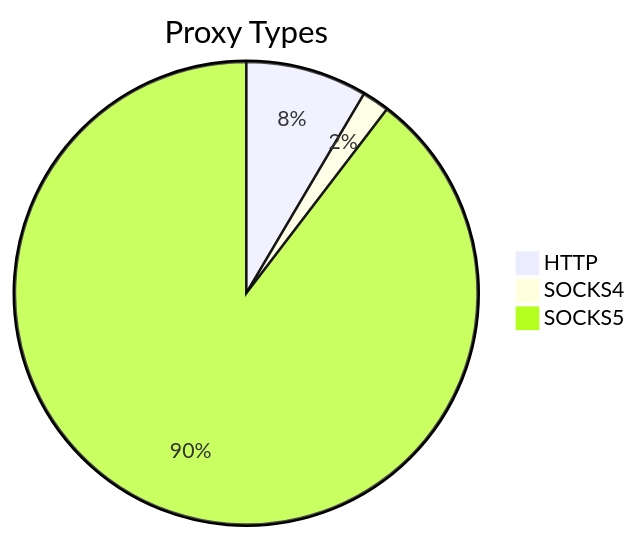
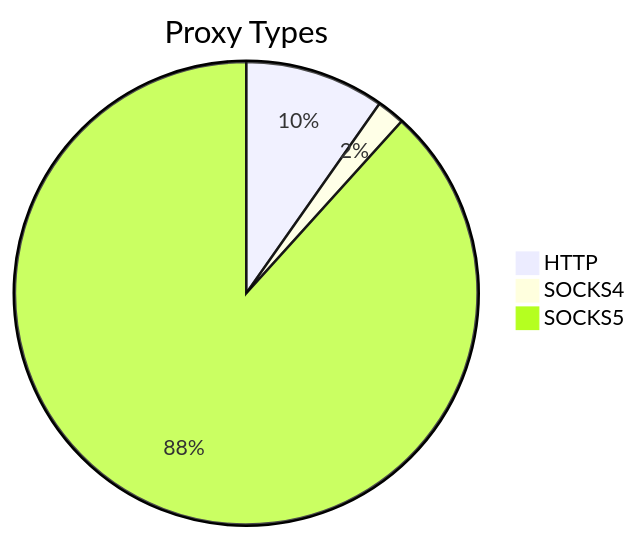
One commit to stormsia/proxy-list changed the first of 2 diagrams in README.md. Above: the diagram before and after it, drawn with Mermaid. The commit also changed other lines of this file, not shown here.

````diff
--- a/README.md
+++ b/README.md
@@ -21,6 +21,6 @@
 ```mermaid
 pie title Proxy Types
-    "HTTP" : 192
-    "SOCKS4" : 43
-    "SOCKS5" : 2027
+    "HTTP" : 241
+    "SOCKS4" : 48
+    "SOCKS5" : 2182
 ```
````
